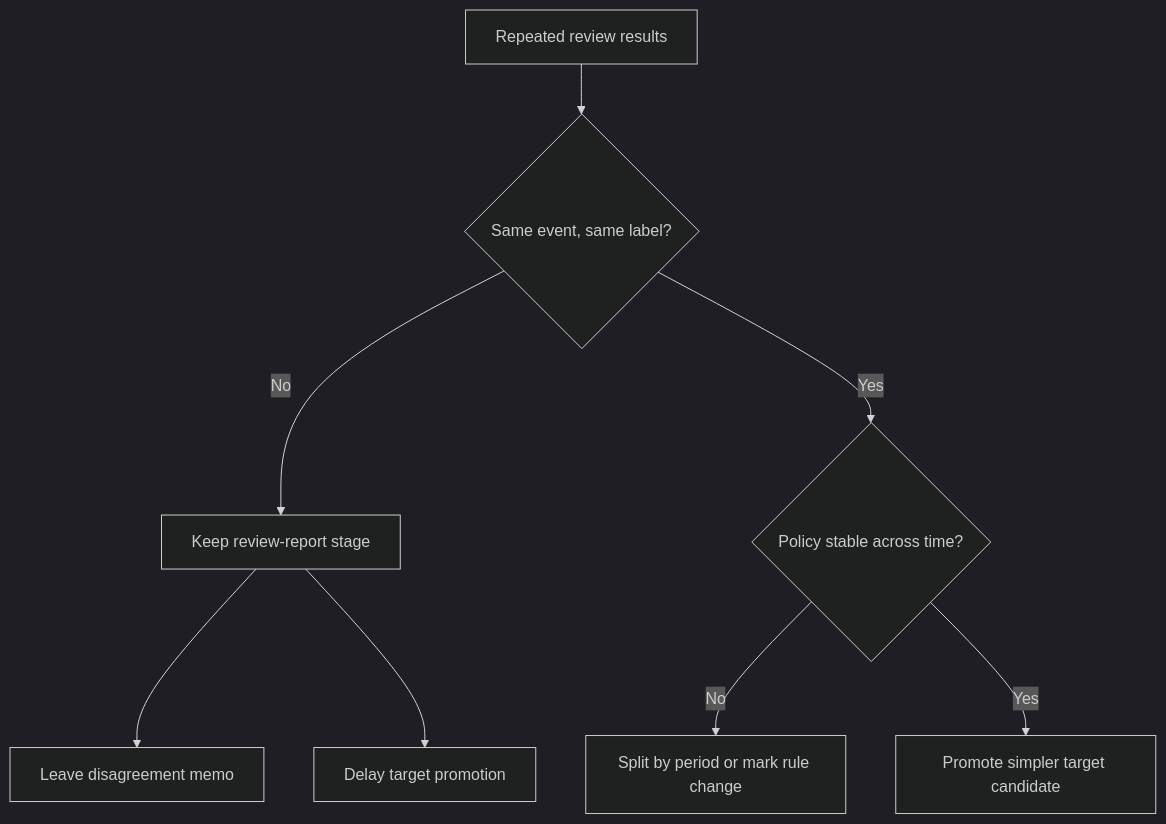
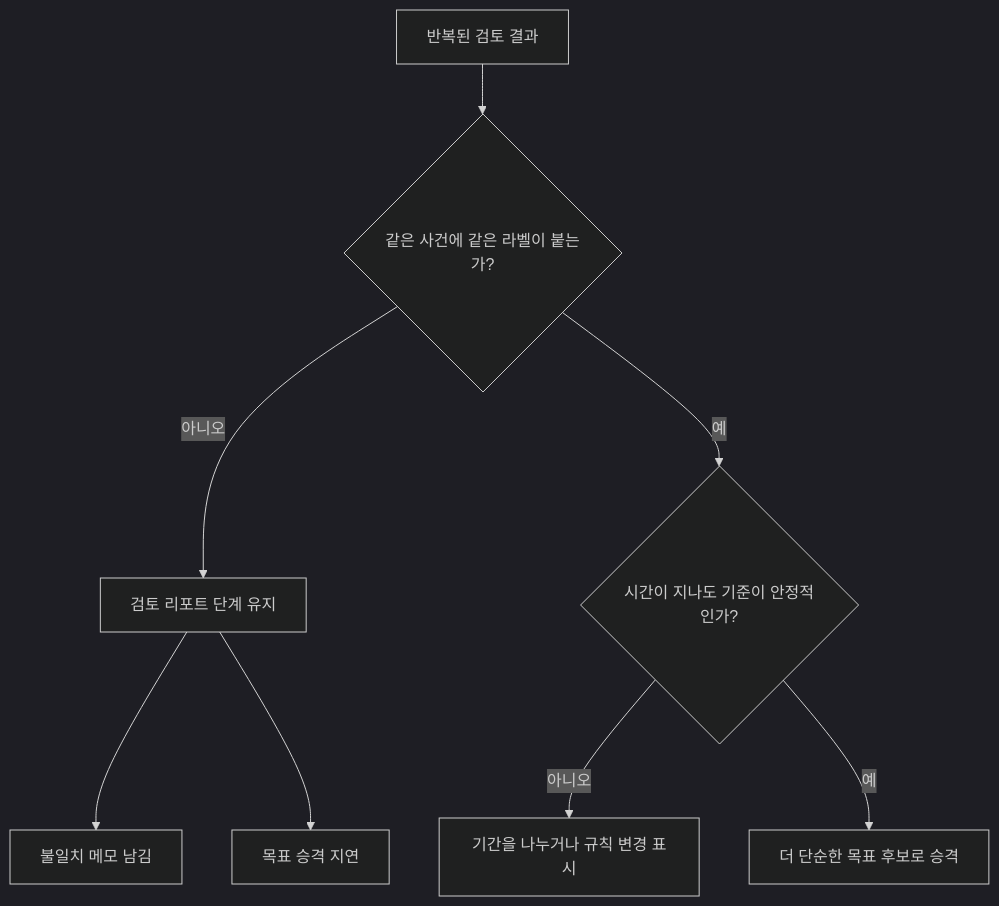
Before and after one commit to devchan64/AiBook: the diagram in docs/parts/part-03/chapter-09/section-06.md, drawn with Mermaid (dark theme). The commit also changed 45 other files, not shown here.

Commit message:
docs: localize part 3 mermaid diagrams

````diff
--- a/docs/parts/part-03/chapter-09/section-06.md
+++ b/docs/parts/part-03/chapter-09/section-06.md
@@ -77,10 +77,10 @@
 ```mermaid
 flowchart TD
-    A[Repeated review results] --> B{Same event, same label?}
-    B -- No --> C[Keep review-report stage]
-    C --> C1[Leave disagreement memo]
-    C --> C2[Delay target promotion]
-    B -- Yes --> D{Policy stable across time?}
-    D -- No --> E[Split by period or mark rule change]
-    D -- Yes --> F[Promote simpler target candidate]
+    A[반복된 검토 결과] --> B{같은 사건에 같은 라벨이 붙는가?}
+    B -- 아니오 --> C[검토 리포트 단계 유지]
+    C --> C1[불일치 메모 남김]
+    C --> C2[목표 승격 지연]
+    B -- 예 --> D{시간이 지나도 기준이 안정적인가?}
+    D -- 아니오 --> E[기간을 나누거나 규칙 변경 표시]
+    D -- 예 --> F[더 단순한 목표 후보로 승격]
 ```
````
